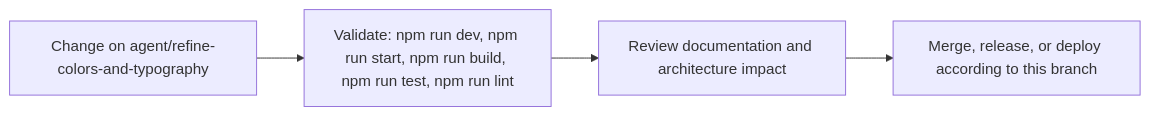
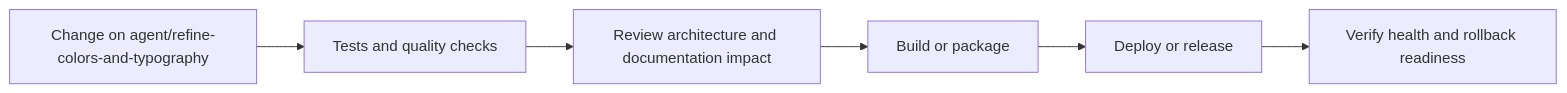
One commit to Nischhalsubba/BindForge-NW changed the fifth of 6 diagrams in README.md. Above: the diagram before and after it, drawn with Mermaid. The commit also changed other lines of this file, not shown here.

````diff
--- a/README.md
+++ b/README.md
@@ -87,8 +184,8 @@
 ```mermaid
 flowchart LR
-    CHANGE["Change on agent/refine-colors-and-typography"]
-    CHECK["Validate: npm run dev, npm run start, npm run build, npm run test, npm run lint"]
-    REVIEW["Review documentation and architecture impact"]
-    RELEASE["Merge, release, or deploy according to this branch"]
-    CHANGE --> CHECK --> REVIEW --> RELEASE
+    CHANGE["Change on agent/refine-colors-and-typography"] --> CHECK["Tests and quality checks"]
+    CHECK --> REVIEW["Review architecture and documentation impact"]
+    REVIEW --> BUILD["Build or package"]
+    BUILD --> DEPLOY["Deploy or release"]
+    DEPLOY --> VERIFY["Verify health and rollback readiness"]
 ```
````
